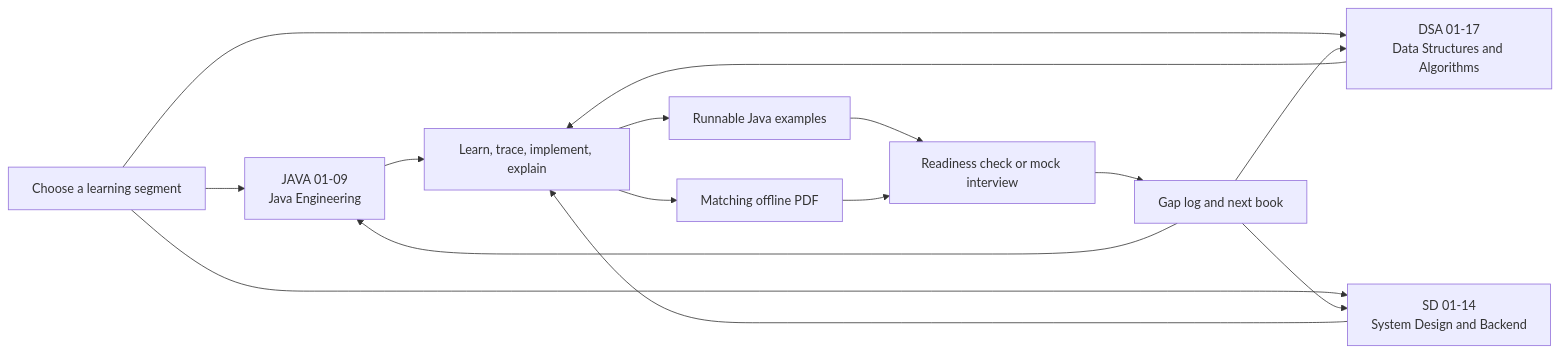
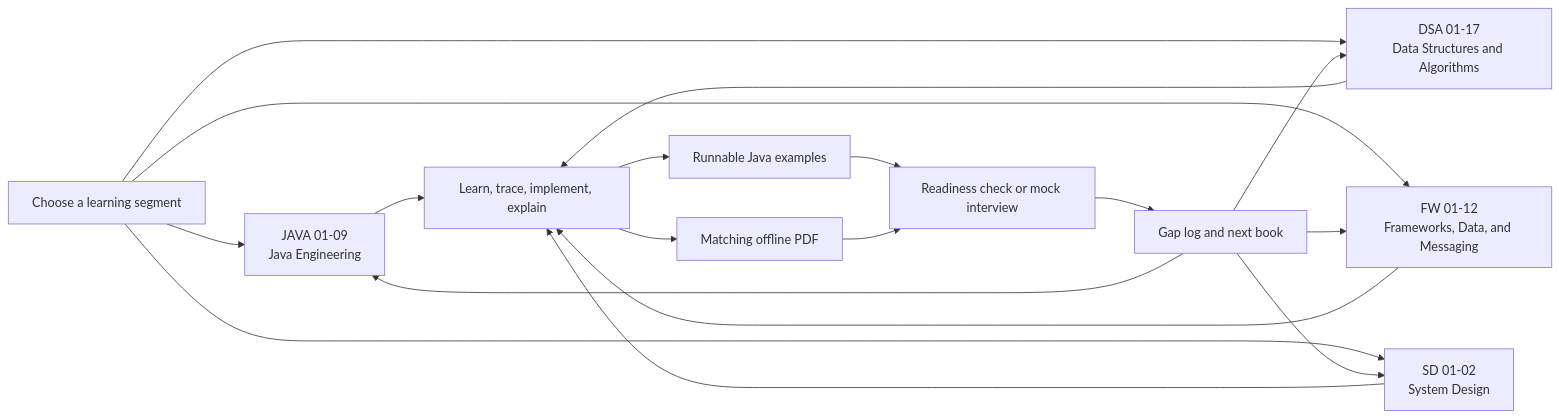
The diagram in README.md (vinayreddykalluri/SDE2-Interview-Handbook), drawn with Mermaid before and after one commit. The commit also changed other lines of this file and 816 other files, not shown here.

````diff
--- a/README.md
+++ b/README.md
@@ -31,17 +32,20 @@
 ```mermaid
 flowchart LR
     Start["Choose a learning segment"] --> Java["JAVA 01-09<br/>Java Engineering"]
     Start --> DSA["DSA 01-17<br/>Data Structures and Algorithms"]
-    Start --> Design["SD 01-14<br/>System Design and Backend"]
+    Start --> Frameworks["FW 01-12<br/>Frameworks, Data, and Messaging"]
+    Start --> Design["SD 01-02<br/>System Design"]
     Java --> Practice["Learn, trace, implement, explain"]
     DSA --> Practice
+    Frameworks --> Practice
     Design --> Practice
     Practice --> Code["Runnable Java examples"]
     Practice --> PDF["Matching offline PDF"]
     Code --> Mock["Readiness check or mock interview"]
     PDF --> Mock
     Mock --> Review["Gap log and next book"]
     Review --> Java
     Review --> DSA
+    Review --> Frameworks
     Review --> Design
 ```
````
